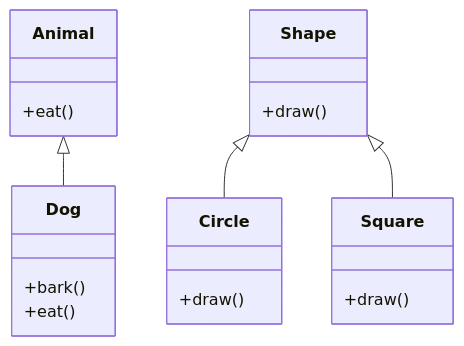
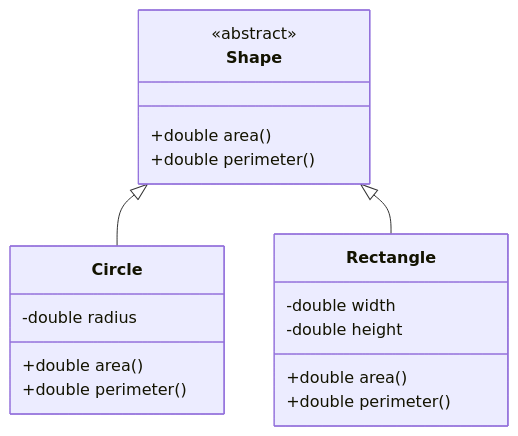
One commit to VrushankPatel/interview-matters changed the diagram in oop-principles-in-java/README.md. Above: the diagram before and after it, drawn with Mermaid. The commit also changed other lines of this file and 5 other files, not shown here.

````diff
--- a/oop-principles-in-java/README.md
+++ b/oop-principles-in-java/README.md
@@ -43,22 +38,21 @@
 ```mermaid
 classDiagram
-    class Animal {
-        +eat()
-    }
-    class Dog {
-        +bark()
-        +eat()
-    }
     class Shape {
-        +draw()
+        <<abstract>>
+        +double area()
+        +double perimeter()
     }
     class Circle {
-        +draw()
+        -double radius
+        +double area()
+        +double perimeter()
     }
-    class Square {
-        +draw()
+    class Rectangle {
+        -double width
+        -double height
+        +double area()
+        +double perimeter()
     }
-    Animal <|-- Dog
     Shape <|-- Circle
-    Shape <|-- Square
+    Shape <|-- Rectangle
 ```
````
